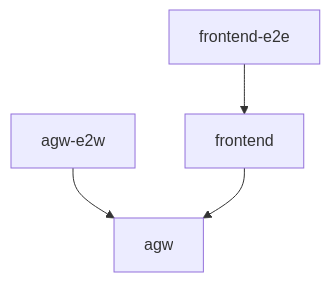
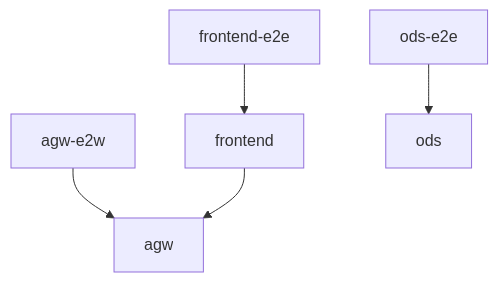
Before and after one commit to IT-Lab-KubSU/platform: the diagram in README.md, drawn with Mermaid. The commit also changed other lines of this file, not shown here.

````diff
--- a/README.md
+++ b/README.md
@@ -45,6 +46,7 @@
 ```mermaid
 graph TD;
     agw-e2w-->agw;
     frontend-e2e-->frontend;
     frontend-->agw;
+    ods-e2e-->ods
 ```
````
